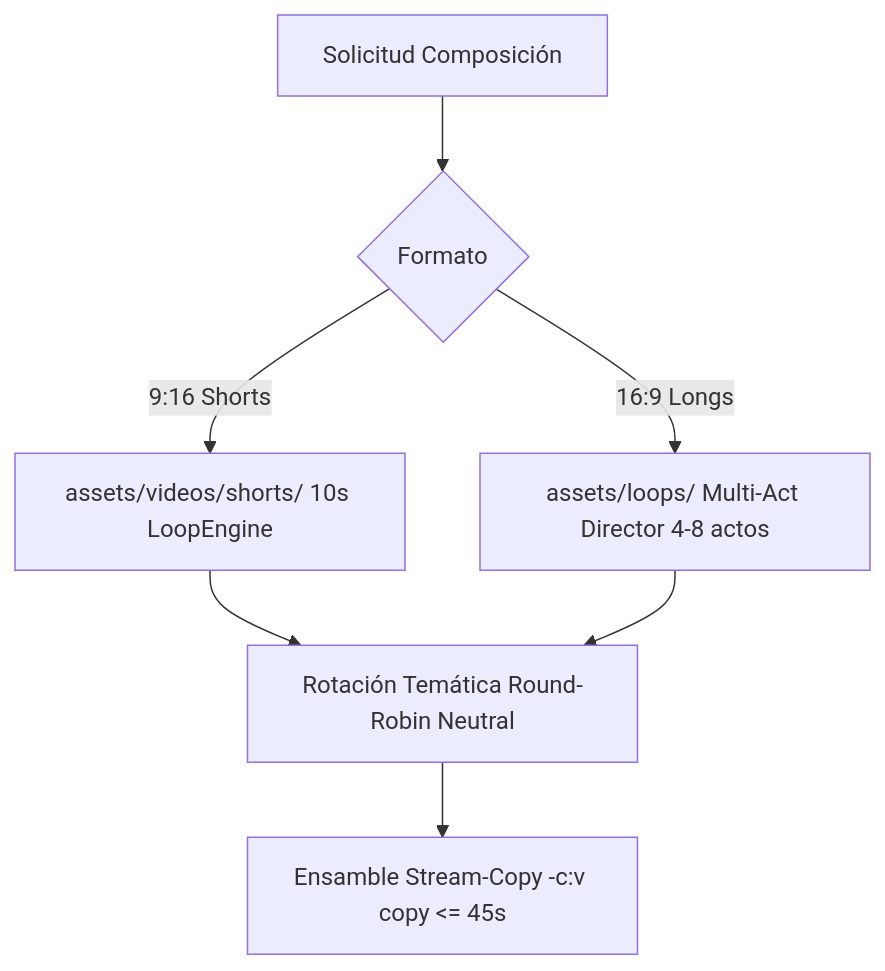
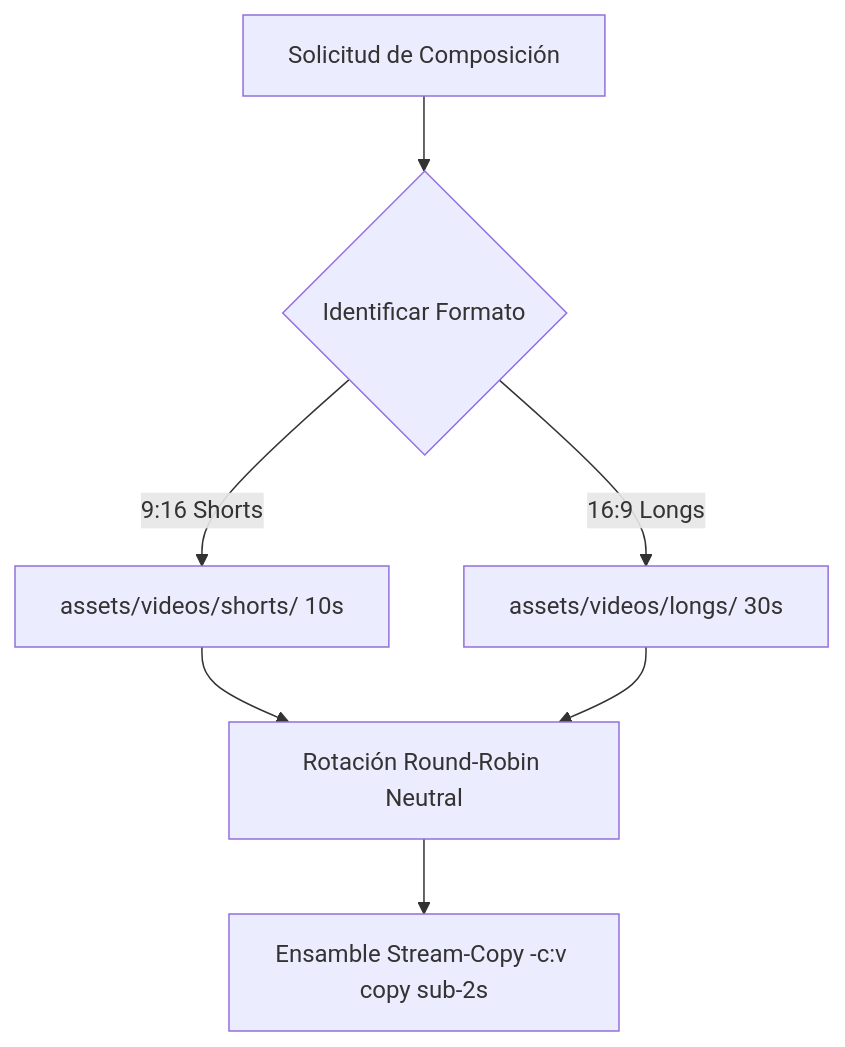
The diagram in docs/MULTICHANNEL_PIPELINE.md (soyaelithia-ui/yt-auto), drawn with Mermaid before and after one commit. The commit also changed other lines of this file and 81 other files, not shown here.

Commit message:
chore: prune legacy graphics and enable cookie uploads

````diff
--- a/docs/MULTICHANNEL_PIPELINE.md
+++ b/docs/MULTICHANNEL_PIPELINE.md
@@ -20,8 +30,8 @@
 ```mermaid
 flowchart TD
-    Req[Solicitud Composición] --> Dir{Formato}
-    Dir -- 9:16 Shorts --> Sh[assets/videos/shorts/ 10s LoopEngine]
-    Dir -- 16:9 Longs --> Lg[assets/loops/ Multi-Act Director 4-8 actos]
-    Sh & Lg --> Rot[Rotación Temática Round-Robin Neutral]
-    Rot --> StreamCopy[Ensamble Stream-Copy -c:v copy <= 45s]
+    Req[Solicitud de Composición] --> Dir{Identificar Formato}
+    Dir -- 9:16 Shorts --> Sh[assets/videos/shorts/ 10s]
+    Dir -- 16:9 Longs --> Lg[assets/videos/longs/ 30s]
+    Sh & Lg --> Rot[Rotación Round-Robin Neutral]
+    Rot --> StreamCopy[Ensamble Stream-Copy -c:v copy sub-2s]
 ```
````
